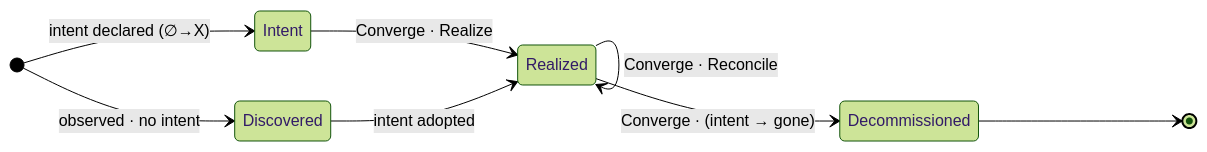
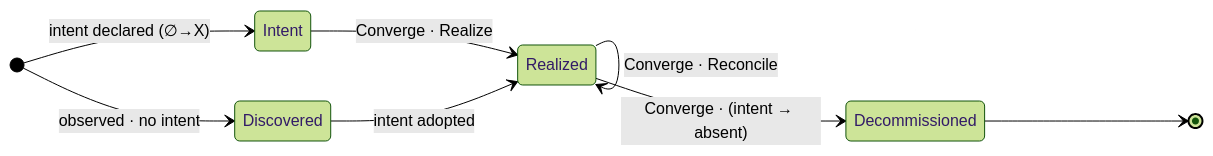
The first of 5 diagrams in docs/flows/lifecycle-convergence.md (croadfeldt/udlm), drawn with Mermaid (forest theme) before and after one commit. The commit also changed other lines of this file and 1 other file, not shown here.

First line of the commit message:
docs: clarify decommission intent = 'absent' (not 'gone'); record retained

````diff
--- a/docs/flows/lifecycle-convergence.md
+++ b/docs/flows/lifecycle-convergence.md
@@ -17,12 +17,12 @@
 ```mermaid
 stateDiagram-v2
     direction LR
     [*] --> Intent: intent declared (∅→X)
     Intent --> Realized: Converge · Realize
     Realized --> Realized: Converge · Reconcile
-    Realized --> Decommissioned: Converge · (intent → gone)
+    Realized --> Decommissioned: Converge · (intent → absent)
     Decommissioned --> [*]
     state "Discovered" as Disc
     [*] --> Disc: observed · no intent
     Disc --> Realized: intent adopted
 ```
````
